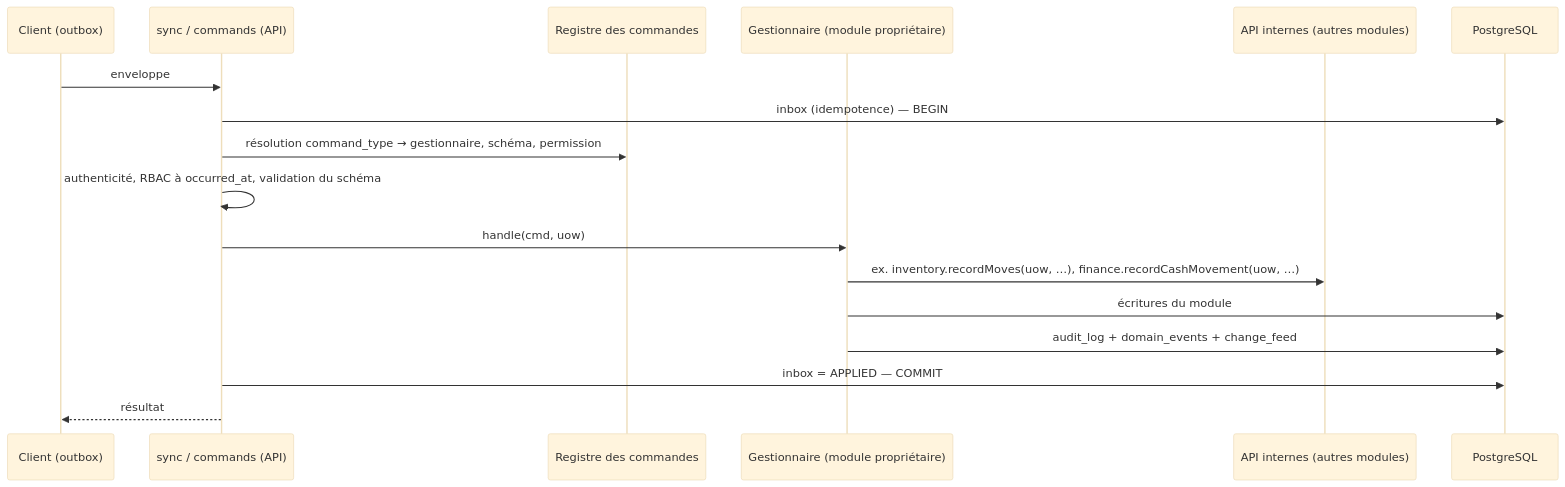
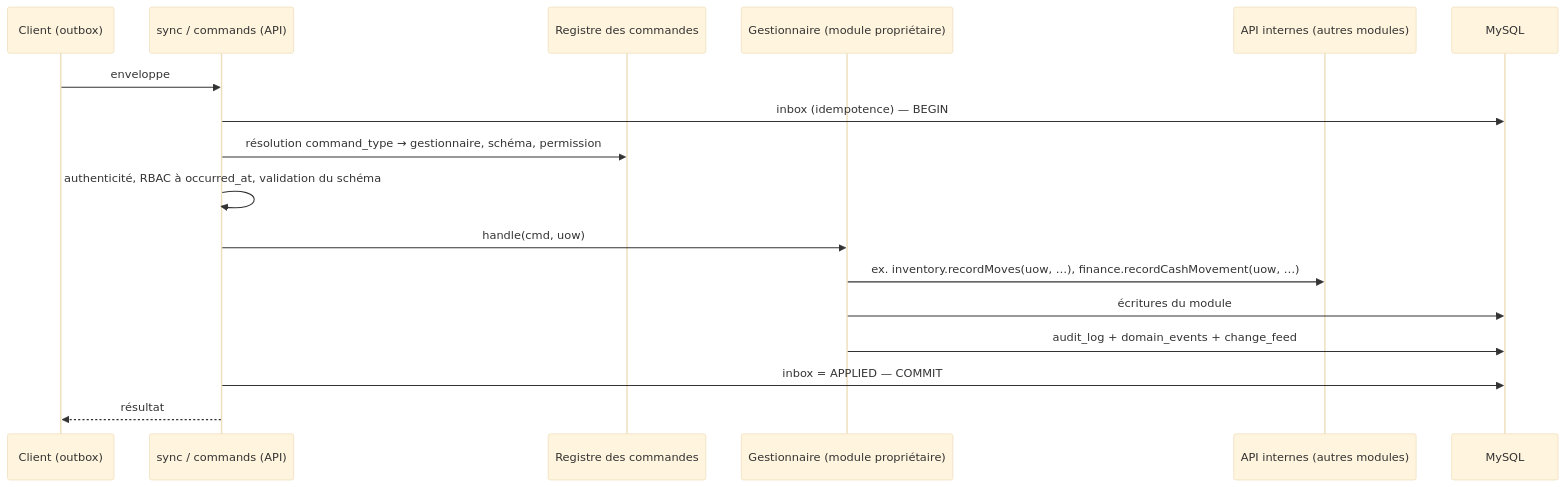
One commit to romiall/app.gic-agropelc changed the second of 2 diagrams in docs/05-architecture/01-architecture-logicielle.md. Above: the diagram before and after it, drawn with Mermaid (base theme). The commit also changed other lines of this file and 39 other files, not shown here.

````diff
--- a/docs/05-architecture/01-architecture-logicielle.md
+++ b/docs/05-architecture/01-architecture-logicielle.md
@@ -85,19 +85,19 @@
 ```mermaid
 sequenceDiagram
   participant C as Client (outbox)
   participant S as sync / commands (API)
   participant R as Registre des commandes
   participant H as Gestionnaire (module propriétaire)
   participant M as API internes (autres modules)
-  participant DB as PostgreSQL
+  participant DB as MySQL
   C->>S: enveloppe
   S->>DB: inbox (idempotence) — BEGIN
   S->>R: résolution command_type → gestionnaire, schéma, permission
   S->>S: authenticité, RBAC à occurred_at, validation du schéma
   S->>H: handle(cmd, uow)
   H->>M: ex. inventory.recordMoves(uow, …), finance.recordCashMovement(uow, …)
   H->>DB: écritures du module
   H->>DB: audit_log + domain_events + change_feed
   S->>DB: inbox = APPLIED — COMMIT
   S-->>C: résultat
 ```
````
